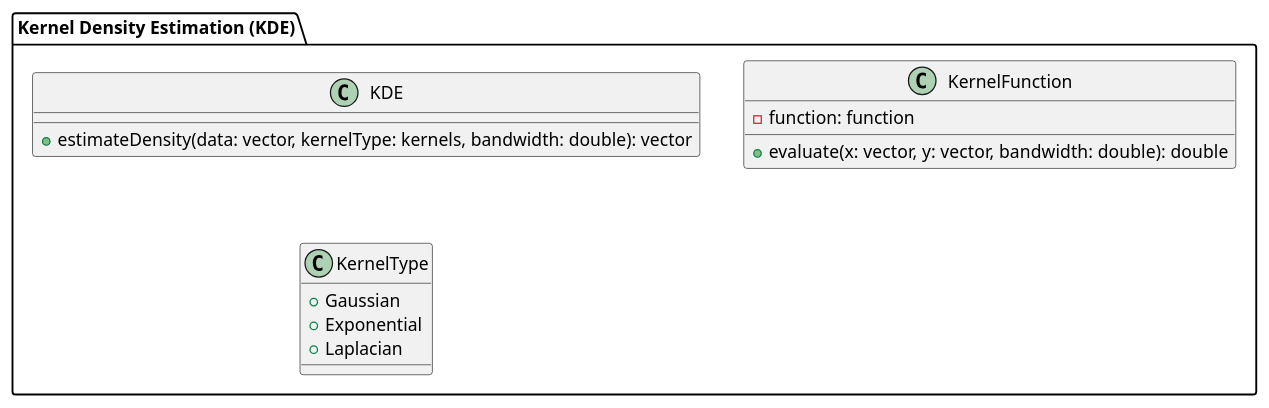
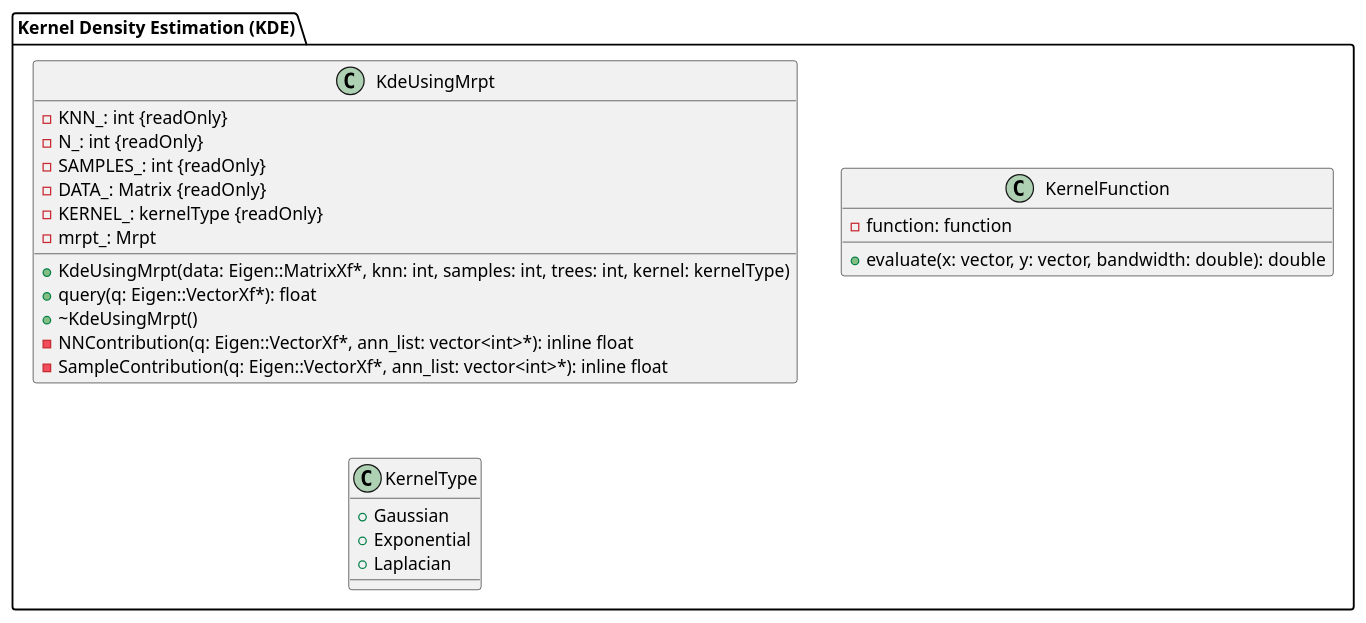
The diagram in Sqnn/Diagram/Class_V1.0.0.puml (AndersenChristian/KDE-Sub_quadratic), drawn with PlantUML before and after one commit. The commit also changed 3 other files, not shown here.

```diff
--- a/Sqnn/Diagram/Class_V1.0.0.puml
+++ b/Sqnn/Diagram/Class_V1.0.0.puml
@@ -1,22 +1,33 @@
 @startuml
 'https://plantuml.com/class-diagram
 
 package "Kernel Density Estimation (KDE)" {
 
-    class KDE {
-        + estimateDensity(data: vector, kernelType: kernels, bandwidth: double): vector
+    class KdeUsingMrpt {
+        - KNN_: int {readOnly}
+        - N_: int {readOnly}
+        - SAMPLES_: int {readOnly}
+        - DATA_: Matrix {readOnly}
+        - KERNEL_: kernelType {readOnly}
+        - mrpt_: Mrpt
+
+        + KdeUsingMrpt(data: Eigen::MatrixXf*, knn: int, samples: int, trees: int, kernel: kernelType)
+        + query(q: Eigen::VectorXf*): float
+        + ~KdeUsingMrpt()
+        -NNContribution(q: Eigen::VectorXf*, ann_list: vector<int>*): inline float
+        -SampleContribution(q: Eigen::VectorXf*, ann_list: vector<int>*): inline float
     }
 
     class KernelFunction {
         - function: function
         + evaluate(x: vector, y: vector, bandwidth: double): double
     }
 
     class KernelType {
         + Gaussian
         + Exponential
         + Laplacian
     }
 }
 
 @enduml
```
